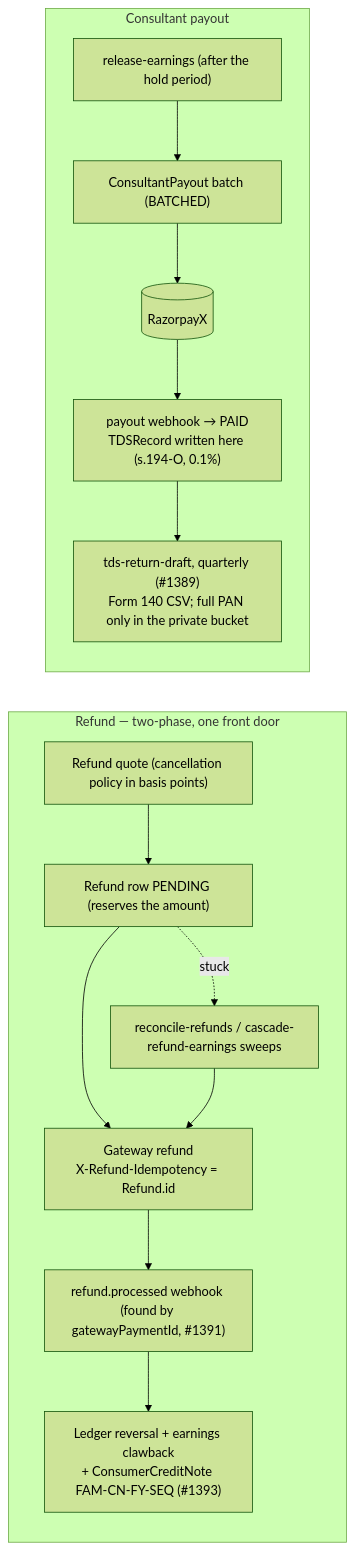
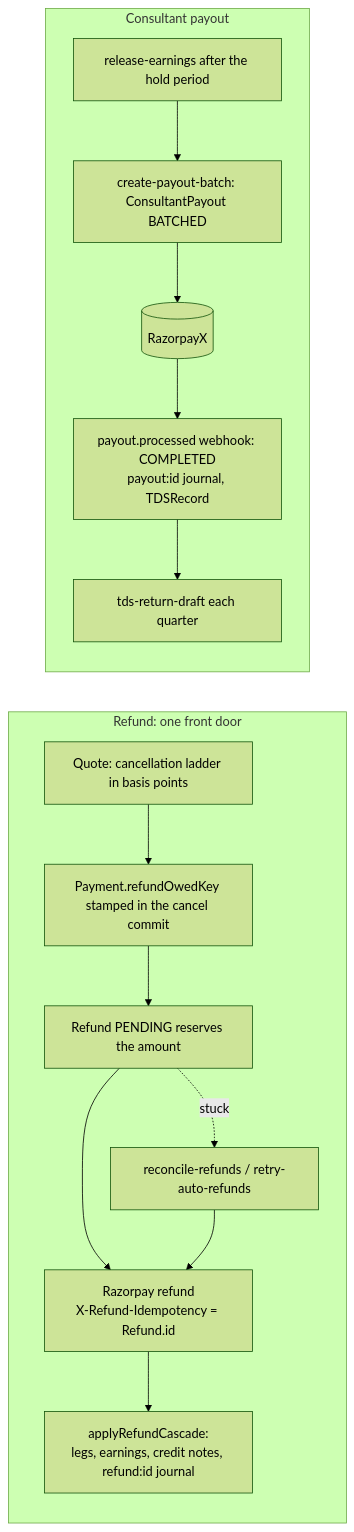
One commit to Practitionist/familiarise_web changed the second of 5 diagrams in docs/finance/00-overview/01-money-map.md. Above: the diagram before and after it, drawn with Mermaid (forest theme). The commit also changed other lines of this file and 17 other files, not shown here.

First line of the commit message:
docs(finance): rewrite capture, ledger and refunds sections (package A)

````diff
--- a/docs/finance/00-overview/01-money-map.md
+++ b/docs/finance/00-overview/01-money-map.md
@@ -66,21 +58,21 @@
 ```mermaid
 flowchart LR
-  subgraph Refund["Refund — two-phase, one front door"]
-    RQ["Refund quote (cancellation policy in basis points)"]
-    RR["Refund row PENDING (reserves the amount)"]
-    RG["Gateway refund<br/>X-Refund-Idempotency = Refund.id"]
-    RW["refund.processed webhook (found by gatewayPaymentId, #1391)"]
-    RL["Ledger reversal + earnings clawback<br/>+ ConsumerCreditNote FAM-CN-FY-SEQ (#1393)"]
-    RS["reconcile-refunds / cascade-refund-earnings sweeps"]
+  subgraph Refund["Refund: one front door"]
+    RQ["Quote: cancellation ladder in basis points"]
+    OWE["Payment.refundOwedKey stamped in the cancel commit"]
+    RR["Refund PENDING reserves the amount"]
+    RG["Razorpay refund<br/>X-Refund-Idempotency = Refund.id"]
+    RC["applyRefundCascade:<br/>legs, earnings, credit notes, refund:id journal"]
+    RS["reconcile-refunds / retry-auto-refunds"]
   end
   subgraph Payout["Consultant payout"]
-    REL["release-earnings (after the hold period)"]
-    PB["ConsultantPayout batch (BATCHED)"]
+    REL["release-earnings after the hold period"]
+    PB["create-payout-batch: ConsultantPayout BATCHED"]
     RX[("RazorpayX")]
-    PW["payout webhook → PAID<br/>TDSRecord written here (s.194-O, 0.1%)"]
-    TR["tds-return-draft, quarterly (#1389)<br/>Form 140 CSV; full PAN only in the private bucket"]
+    PW["payout.processed webhook: COMPLETED<br/>payout:id journal, TDSRecord"]
+    TR["tds-return-draft each quarter"]
   end
-  RQ --> RR --> RG --> RW --> RL
-  RR -. "stuck" .-> RS --> RG
+  RQ --> OWE --> RR --> RG --> RC
+  RR -.->|"stuck"| RS --> RG
   REL --> PB --> RX --> PW --> TR
 ```
````
